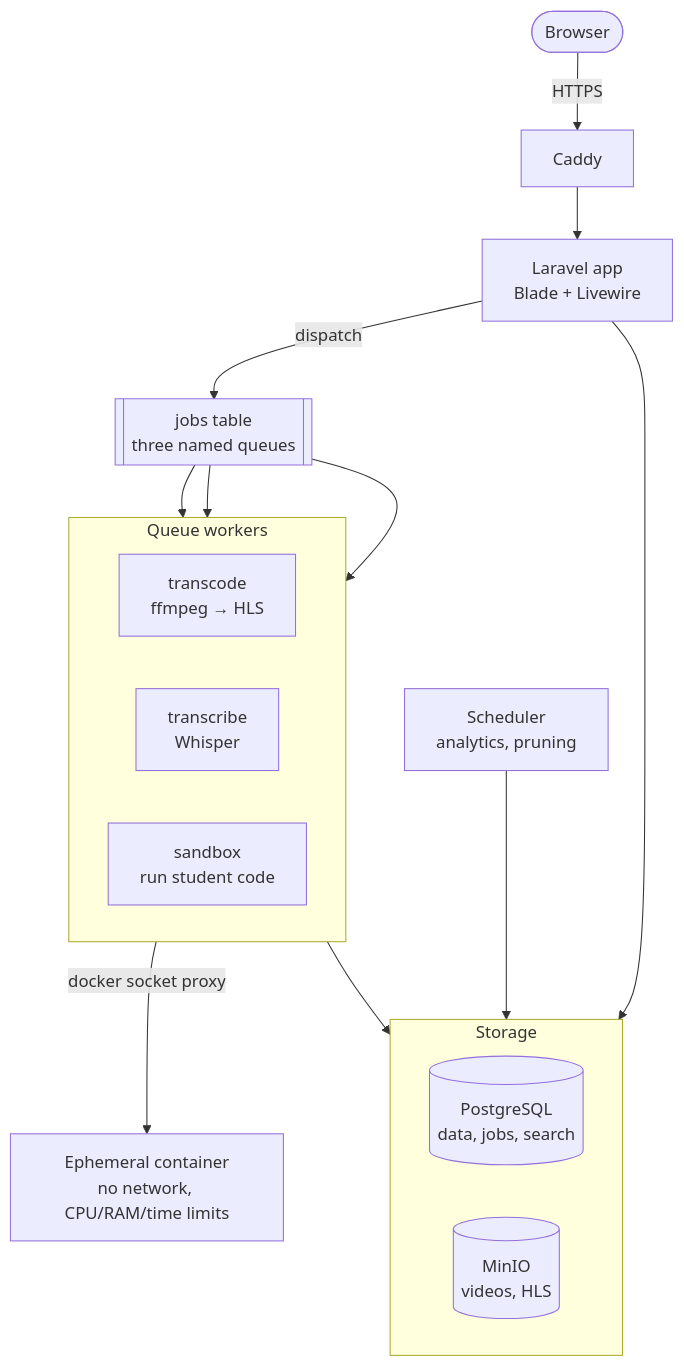
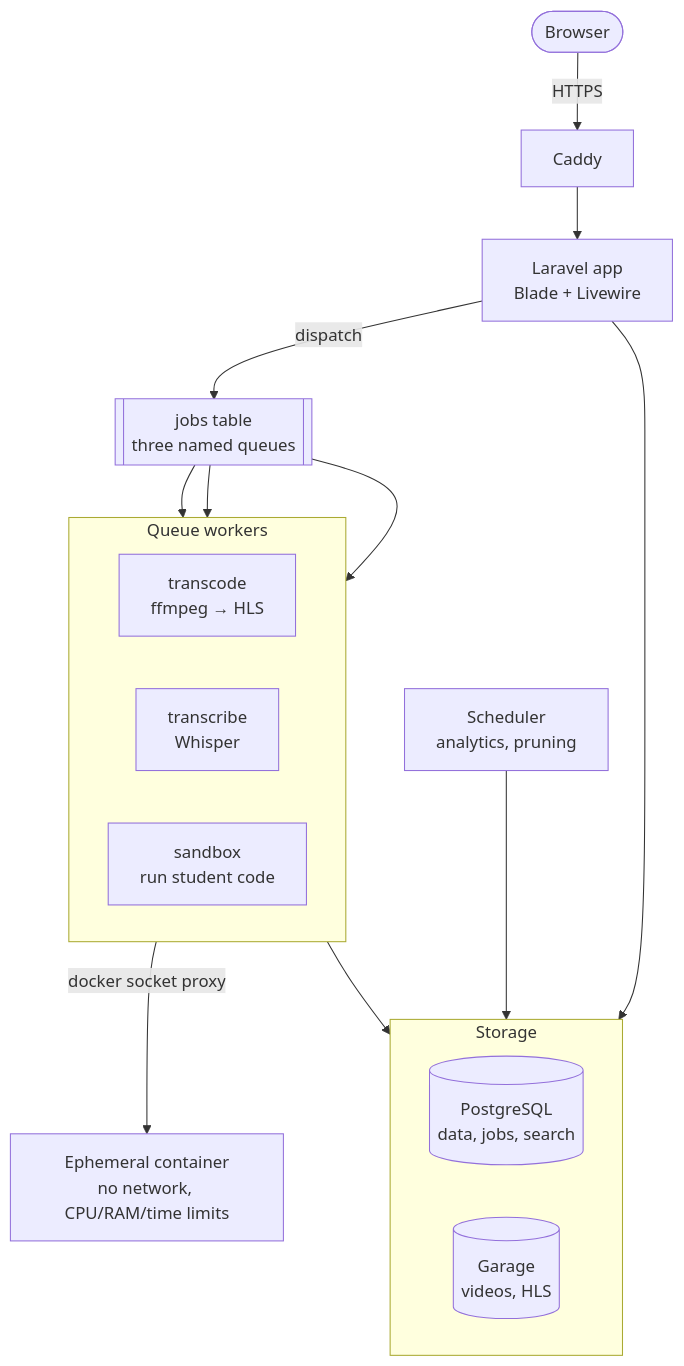
One commit to lucaszebre/ANNUALPROJECT-IWJ3 changed the diagram in README.md. Above: the diagram before and after it, drawn with Mermaid. The commit also changed other lines of this file and 9 other files, not shown here.

Commit message:
feat: change MinIO for Garage

````diff
--- a/README.md
+++ b/README.md
@@ -79,23 +79,23 @@
 ```mermaid
 flowchart TB
     browser([Browser]) -->|HTTPS| caddy[Caddy]
     caddy --> app[Laravel app<br/>Blade + Livewire]
     app -->|dispatch| queue[[jobs table<br/>three named queues]]
     queue --> transcode & transcribe & sandbox
     subgraph workers [Queue workers]
         direction LR
         transcode[transcode<br/>ffmpeg → HLS]
         transcribe[transcribe<br/>Whisper]
         sandbox[sandbox<br/>run student code]
     end
     sandbox -->|docker socket proxy| runner[Ephemeral container<br/>no network, CPU/RAM/time limits]
     scheduler[Scheduler<br/>analytics, pruning]
     subgraph storage [Storage]
         direction LR
         pg[(PostgreSQL<br/>data, jobs, search)]
-        minio[(MinIO<br/>videos, HLS)]
+        garage[(Garage<br/>videos, HLS)]
     end
     app --> storage
     workers --> storage
     scheduler --> storage
 ```
````
